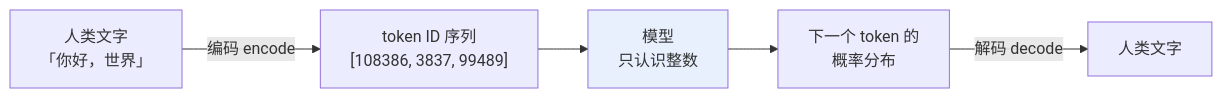
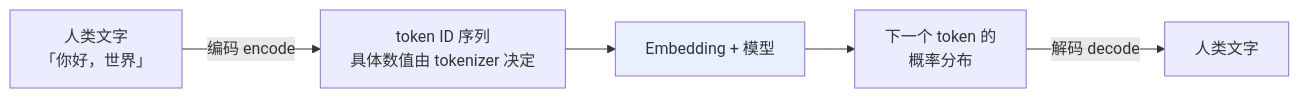
The first of 2 diagrams in docs/llm/01-foundations/05-tokenizer.md (oneleaveknowsthefall/awesome-ai-roadmap), drawn with Mermaid before and after one commit. The commit also changed other lines of this file and 45 other files, not shown here.

````diff
--- a/docs/llm/01-foundations/05-tokenizer.md
+++ b/docs/llm/01-foundations/05-tokenizer.md
@@ -13,9 +13,9 @@
 ```mermaid
 flowchart LR
-    TXT["人类文字<br/>「你好，世界」"] -->|编码 encode| IDS["token ID 序列<br/>[108386, 3837, 99489]"]
-    IDS --> MODEL["模型<br/>只认识整数"]
+    TXT["人类文字<br/>「你好，世界」"] -->|编码 encode| IDS["token ID 序列<br/>具体数值由 tokenizer 决定"]
+    IDS --> MODEL["Embedding + 模型"]
     MODEL --> OUT["下一个 token 的<br/>概率分布"]
     OUT -->|解码 decode| TXT2["人类文字"]
 
     style MODEL fill:#e8f0fe
 ```
````
